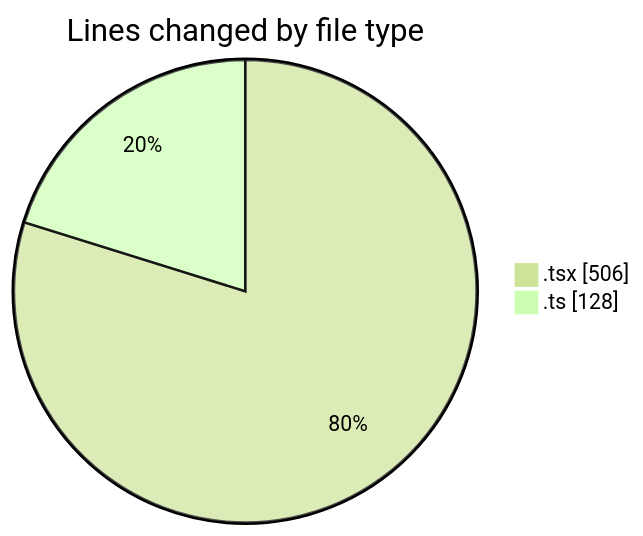
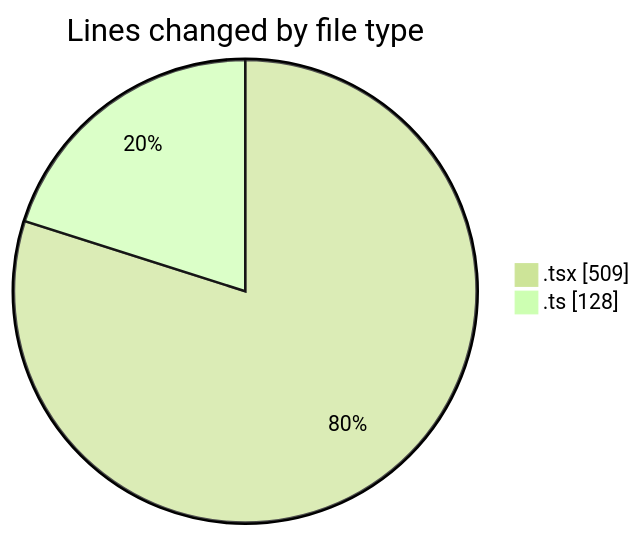
Before and after one commit to nxtqubesakshisongat/code-tracking: the first of 2 diagrams in 2026-04-20/airfeed-analytics-dashboard/README.md, drawn with Mermaid (forest theme). The commit also changed other lines of this file and 1 other file, not shown here.

````diff
--- a/2026-04-20/airfeed-analytics-dashboard/README.md
+++ b/2026-04-20/airfeed-analytics-dashboard/README.md
@@ -23,6 +23,6 @@
 ```mermaid
 pie showData
 title Lines changed by file type
-".tsx" : 506
+".tsx" : 509
 ".ts" : 128
 ```
````
